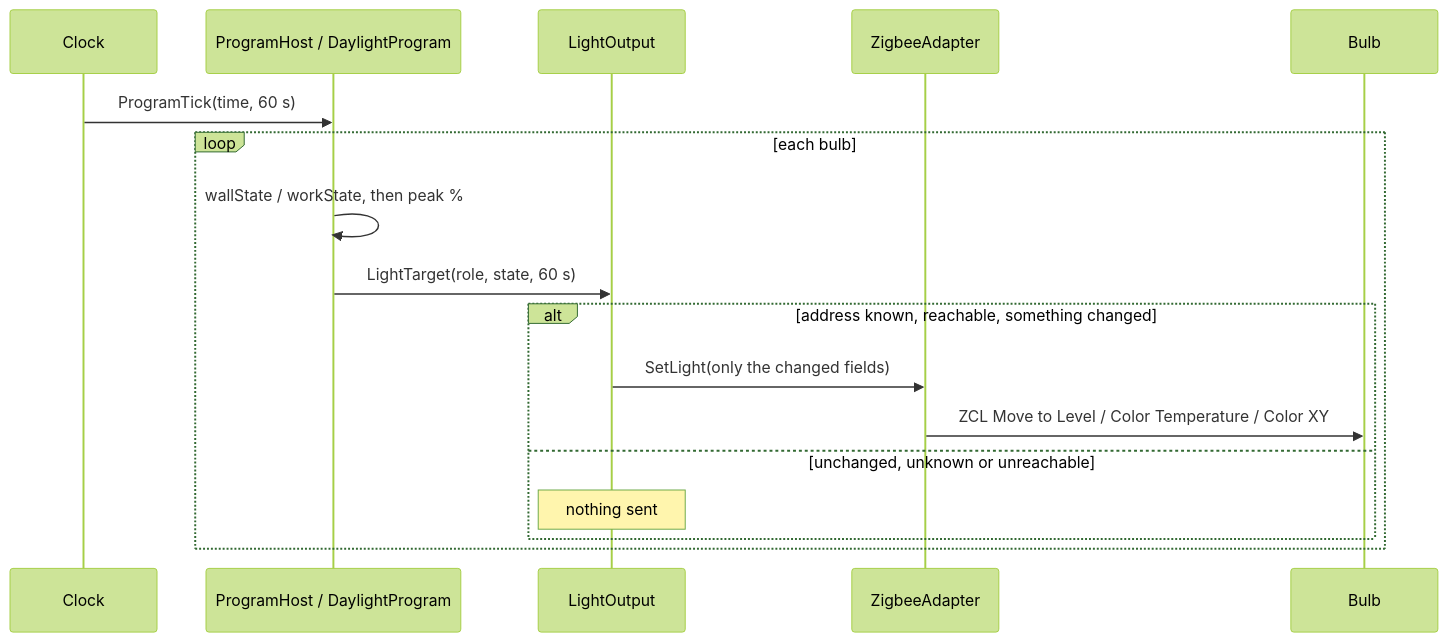
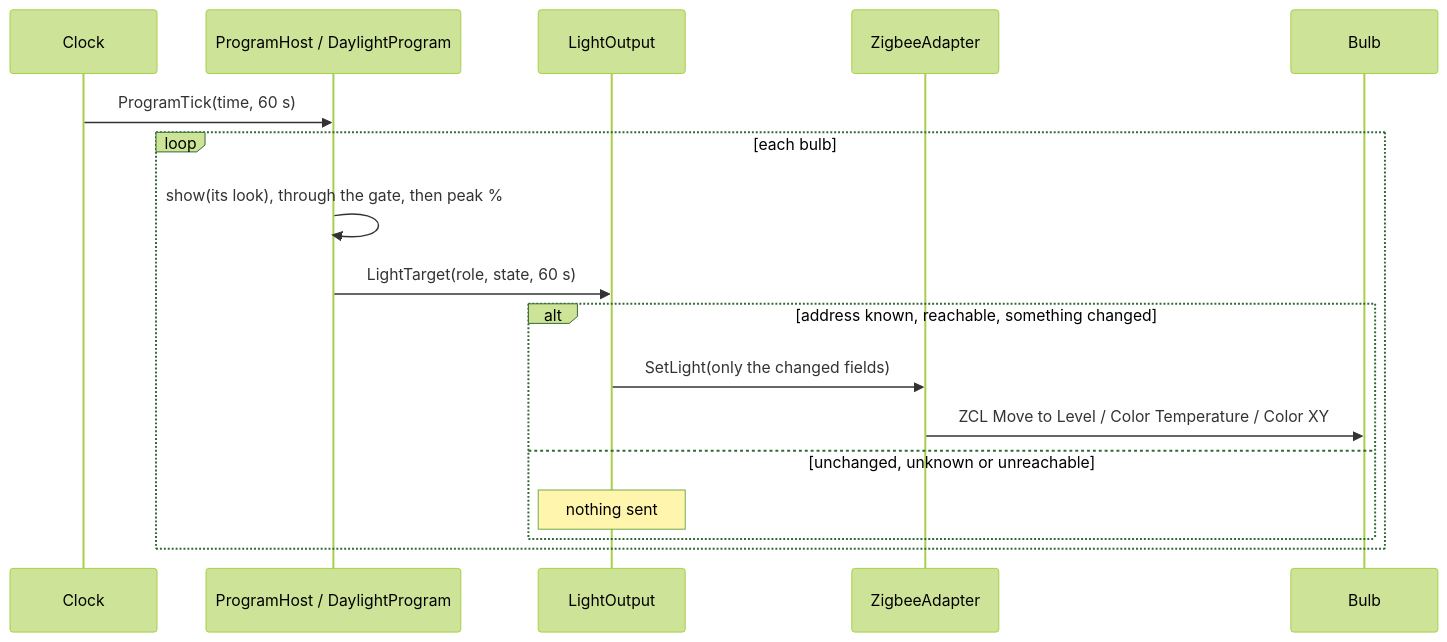
Before and after one commit to bjerre/sunsim: the ninth of 10 diagrams in ARCHITECTURE.md, drawn with Mermaid (forest theme). The commit also changed other lines of this file and 16 other files, not shown here.

````diff
--- a/ARCHITECTURE.md
+++ b/ARCHITECTURE.md
@@ -739,20 +758,20 @@
 ```mermaid
 sequenceDiagram
     participant CK as Clock
     participant PH as ProgramHost / DaylightProgram
     participant LO as LightOutput
     participant ZA as ZigbeeAdapter
     participant B as Bulb
 
     CK->>PH: ProgramTick(time, 60 s)
     loop each bulb
-        PH->>PH: wallState / workState, then peak %
+        PH->>PH: show(its look), through the gate, then peak %
         PH->>LO: LightTarget(role, state, 60 s)
         alt address known, reachable, something changed
             LO->>ZA: SetLight(only the changed fields)
             ZA->>B: ZCL Move to Level / Color Temperature / Color XY
         else unchanged, unknown or unreachable
             Note over LO: nothing sent
         end
     end
 ```
````
